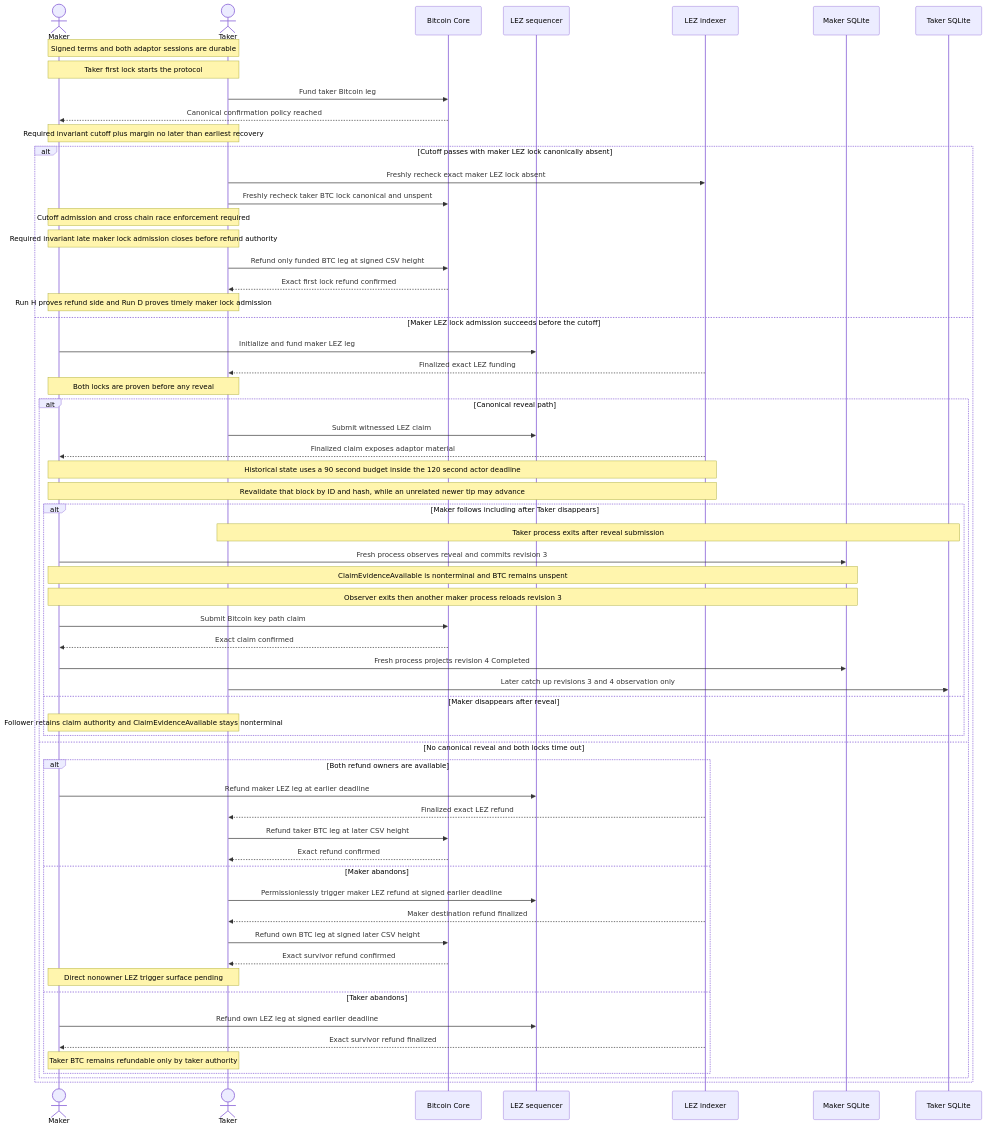
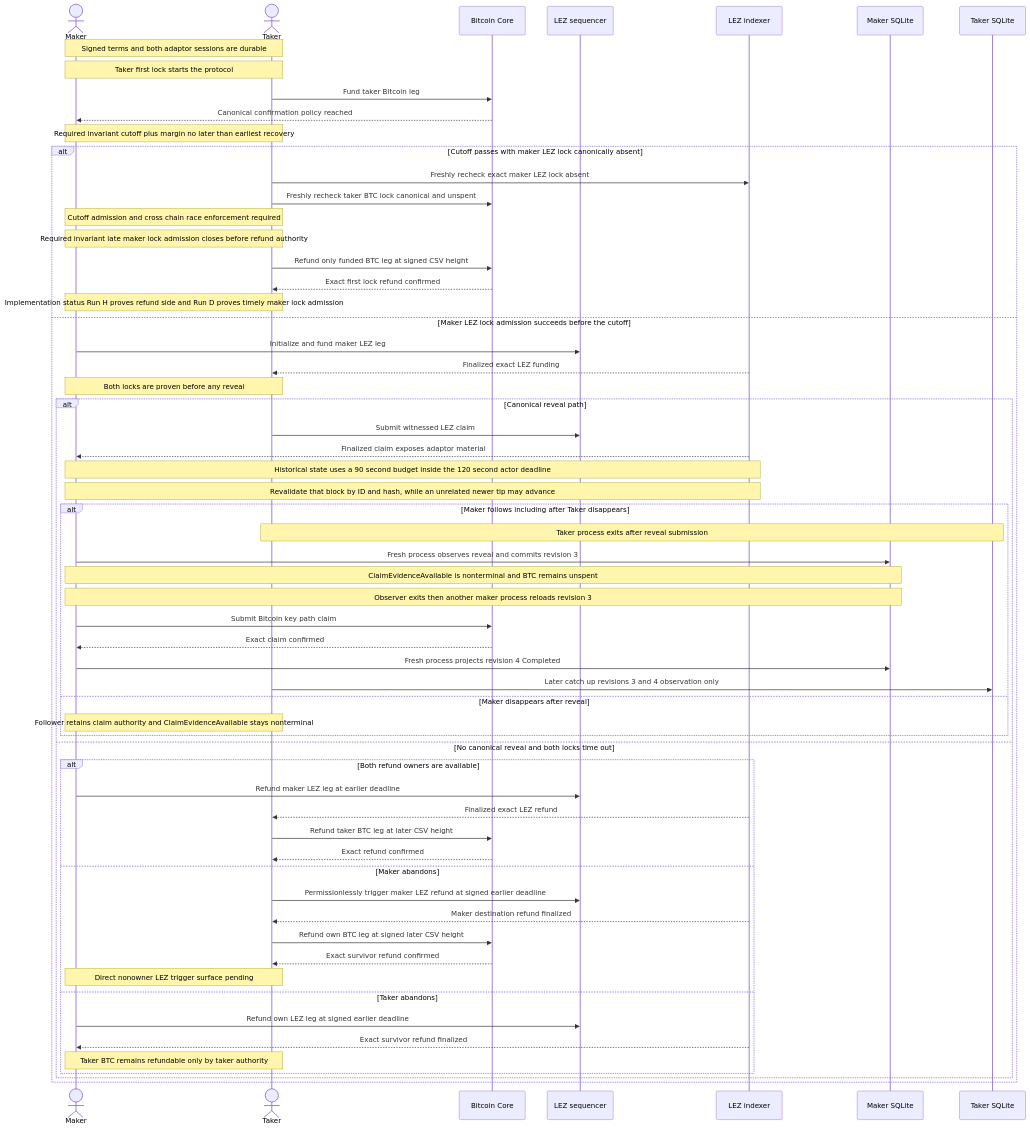
Before and after one commit to gateway-fm/lez-atomic-swaps: diagram 16 of 25 in docs/architecture/system-architecture.md, drawn with Mermaid. The commit also changed other lines of this file and 20 other files, not shown here.

````diff
--- a/docs/architecture/system-architecture.md
+++ b/docs/architecture/system-architecture.md
@@ -1616,64 +1616,64 @@
 ```mermaid
 sequenceDiagram
     actor Maker
     actor Taker
     participant Bitcoin as Bitcoin Core
     participant LezSeq as LEZ sequencer
     participant LezIdx as LEZ indexer
     participant MakerStore as Maker SQLite
     participant TakerStore as Taker SQLite
 
     Note over Maker,Taker: Signed terms and both adaptor sessions are durable
     Note over Maker,Taker: Taker first lock starts the protocol
     Taker->>Bitcoin: Fund taker Bitcoin leg
     Bitcoin-->>Maker: Canonical confirmation policy reached
     Note over Maker,Taker: Required invariant cutoff plus margin no later than earliest recovery
     alt Cutoff passes with maker LEZ lock canonically absent
         Taker->>LezIdx: Freshly recheck exact maker LEZ lock absent
         Taker->>Bitcoin: Freshly recheck taker BTC lock canonical and unspent
         Note over Maker,Taker: Cutoff admission and cross chain race enforcement required
         Note over Maker,Taker: Required invariant late maker lock admission closes before refund authority
         Taker->>Bitcoin: Refund only funded BTC leg at signed CSV height
         Bitcoin-->>Taker: Exact first lock refund confirmed
-        Note over Maker,Taker: Run H proves refund side and Run D proves timely maker lock admission
+        Note over Maker,Taker: Implementation status Run H proves refund side and Run D proves timely maker lock admission
     else Maker LEZ lock admission succeeds before the cutoff
         Maker->>LezSeq: Initialize and fund maker LEZ leg
         LezIdx-->>Taker: Finalized exact LEZ funding
         Note over Maker,Taker: Both locks are proven before any reveal
         alt Canonical reveal path
             Taker->>LezSeq: Submit witnessed LEZ claim
             LezIdx-->>Maker: Finalized claim exposes adaptor material
             Note over Maker,LezIdx: Historical state uses a 90 second budget inside the 120 second actor deadline
             Note over Maker,LezIdx: Revalidate that block by ID and hash, while an unrelated newer tip may advance
             alt Maker follows including after Taker disappears
                 Note over Taker,TakerStore: Taker process exits after reveal submission
                 Maker->>MakerStore: Fresh process observes reveal and commits revision 3
                 Note over Maker,MakerStore: ClaimEvidenceAvailable is nonterminal and BTC remains unspent
                 Note over Maker,MakerStore: Observer exits then another maker process reloads revision 3
                 Maker->>Bitcoin: Submit Bitcoin key path claim
                 Bitcoin-->>Maker: Exact claim confirmed
                 Maker->>MakerStore: Fresh process projects revision 4 Completed
                 Taker->>TakerStore: Later catch up revisions 3 and 4 observation only
             else Maker disappears after reveal
                 Note over Maker,Taker: Follower retains claim authority and ClaimEvidenceAvailable stays nonterminal
             end
         else No canonical reveal and both locks time out
             alt Both refund owners are available
                 Maker->>LezSeq: Refund maker LEZ leg at earlier deadline
                 LezIdx-->>Taker: Finalized exact LEZ refund
                 Taker->>Bitcoin: Refund taker BTC leg at later CSV height
                 Bitcoin-->>Taker: Exact refund confirmed
             else Maker abandons
                 Taker->>LezSeq: Permissionlessly trigger maker LEZ refund at signed earlier deadline
                 LezIdx-->>Taker: Maker destination refund finalized
                 Taker->>Bitcoin: Refund own BTC leg at signed later CSV height
                 Bitcoin-->>Taker: Exact survivor refund confirmed
                 Note over Maker,Taker: Direct nonowner LEZ trigger surface pending
             else Taker abandons
                 Maker->>LezSeq: Refund own LEZ leg at signed earlier deadline
                 LezIdx-->>Maker: Exact survivor refund finalized
                 Note over Maker,Taker: Taker BTC remains refundable only by taker authority
             end
         end
     end
 ```
````
